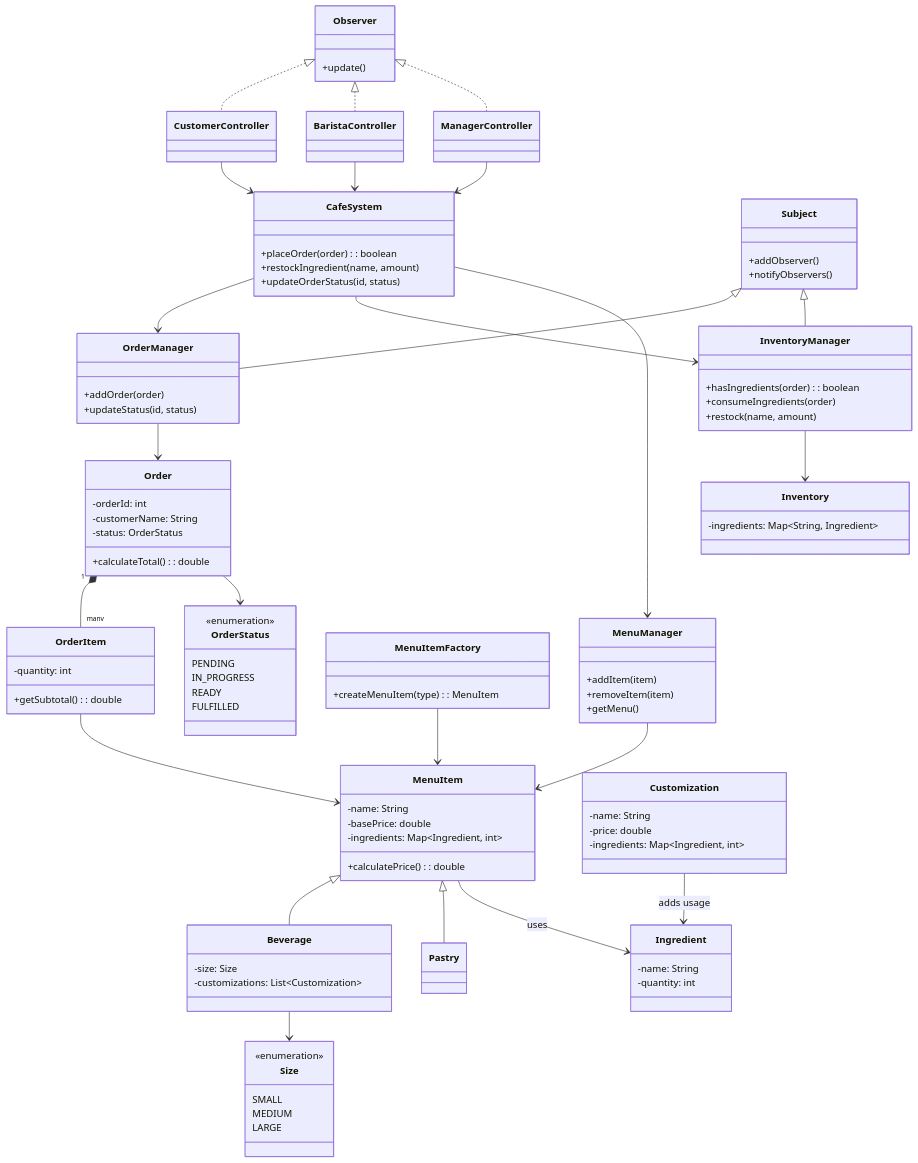
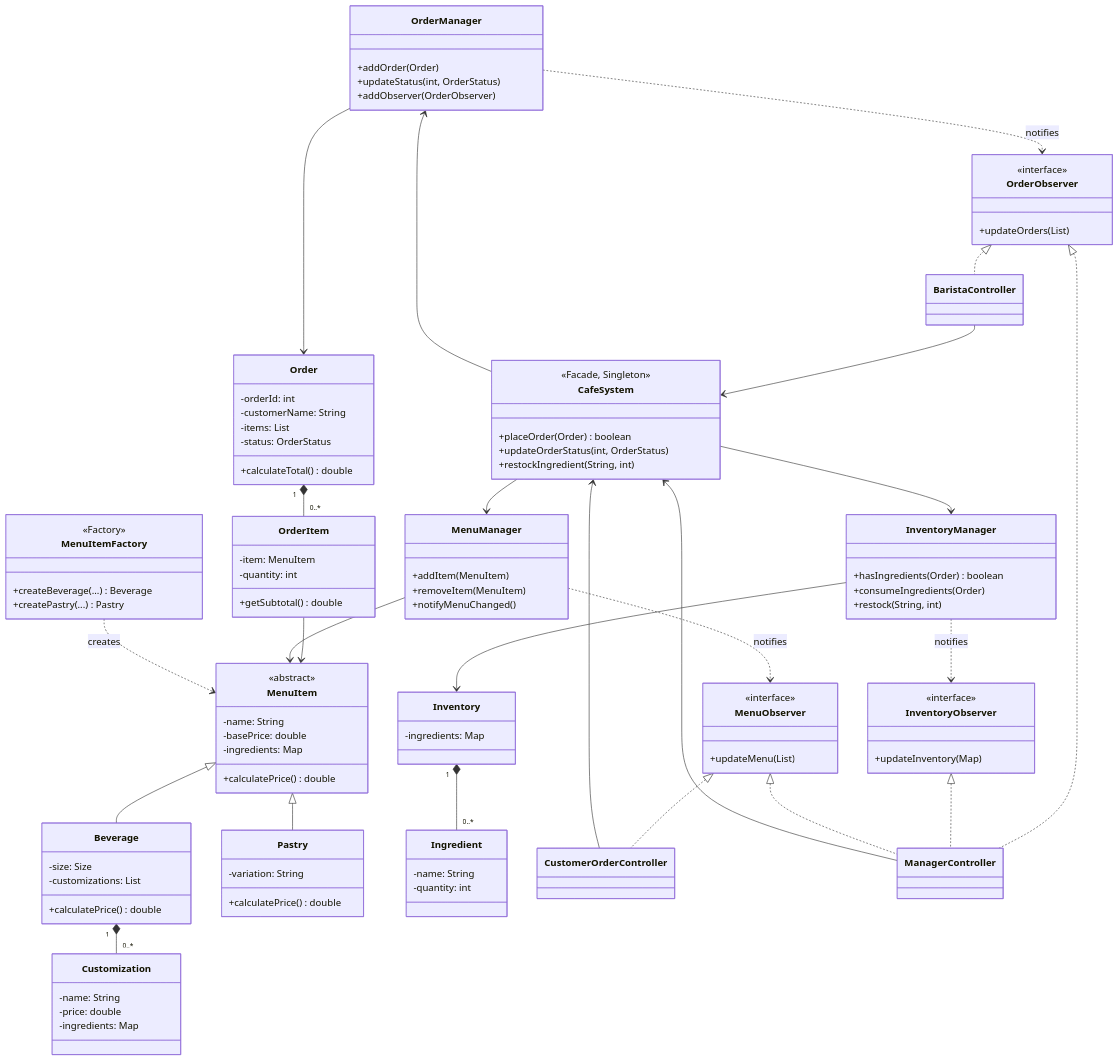
One commit to nhulchris/ICS-372-Group-Project changed the second of 6 diagrams in docs/report.md. Above: the diagram before and after it, drawn with Mermaid. The commit also changed other lines of this file, not shown here.

````diff
--- a/docs/report.md
+++ b/docs/report.md
@@ -104,162 +175,132 @@
 ```mermaid
 classDiagram
+    class MenuItem {
+        <<abstract>>
+        -name: String
+        -basePrice: double
+        -ingredients: Map
+        +calculatePrice() double
+    }
 
-%% =======================
-%% MODEL (Domain Layer)
-%% =======================
+    class Beverage {
+        -size: Size
+        -customizations: List
+        +calculatePrice() double
+    }
 
-class MenuItem {
-  -name: String
-  -basePrice: double
-  -ingredients: Map~Ingredient, int~
-  +calculatePrice(): double
-}
+    class Pastry {
+        -variation: String
+        +calculatePrice() double
+    }
 
-class Beverage {
-  -size: Size
-  -customizations: List~Customization~
-}
+    MenuItem <|-- Beverage
+    MenuItem <|-- Pastry
 
-class Pastry {
-}
+    class Customization {
+        -name: String
+        -price: double
+        -ingredients: Map
+    }
 
-MenuItem <|-- Beverage
-MenuItem <|-- Pastry
+    Beverage "1" *-- "0..*" Customization
 
-class Customization {
-  -name: String
-  -price: double
-  -ingredients: Map~Ingredient, int~
-}
+    class Order {
+        -orderId: int
+        -customerName: String
+        -items: List
+        -status: OrderStatus
+        +calculateTotal() double
+    }
 
-MenuItem --> Ingredient : uses
-Customization --> Ingredient : adds usage
+    class OrderItem {
+        -item: MenuItem
+        -quantity: int
+        +getSubtotal() double
+    }
 
-class Order {
-  -orderId: int
-  -customerName: String
-  -status: OrderStatus
-  +calculateTotal(): double
-}
+    Order "1" *-- "0..*" OrderItem
+    OrderItem --> MenuItem
 
-class OrderItem {
-  -quantity: int
-  +getSubtotal(): double
-}
+    class Ingredient {
+        -name: String
+        -quantity: int
+    }
 
-Order "1" *-- "many" OrderItem
-OrderItem --> MenuItem
+    class Inventory {
+        -ingredients: Map
+    }
 
-class Ingredient {
-  -name: String
-  -quantity: int
-}
+    Inventory "1" *-- "0..*" Ingredient
 
-class Inventory {
-  -ingredients: Map~String, Ingredient~
-}
+    class OrderManager {
+        +addOrder(Order)
+        +updateStatus(int, OrderStatus)
+        +addObserver(OrderObserver)
+    }
 
-%% =======================
-%% SERVICE / MANAGERS
-%% =======================
+    class InventoryManager {
+        +hasIngredients(Order) boolean
+        +consumeIngredients(Order)
+        +restock(String, int)
+    }
 
-class OrderManager {
-  +addOrder(order)
-  +updateStatus(id, status)
-}
+    class MenuManager {
+        +addItem(MenuItem)
+        +removeItem(MenuItem)
+        +notifyMenuChanged()
+    }
 
-class InventoryManager {
-  +hasIngredients(order): boolean
-  +consumeIngredients(order)
-  +restock(name, amount)
-}
+    OrderManager --> Order
+    InventoryManager --> Inventory
+    MenuManager --> MenuItem
 
-class MenuManager {
-  +addItem(item)
-  +removeItem(item)
-  +getMenu()
-}
+    class CafeSystem {
+        <<Facade, Singleton>>
+        +placeOrder(Order) boolean
+        +updateOrderStatus(int, OrderStatus)
+        +restockIngredient(String, int)
+    }
 
-OrderManager --> Order
-InventoryManager --> Inventory
-MenuManager --> MenuItem
+    CafeSystem --> OrderManager
+    CafeSystem --> InventoryManager
+    CafeSystem --> MenuManager
 
-%% =======================
-%% FACADE
-%% =======================
+    class MenuItemFactory {
+        <<Factory>>
+        +createBeverage(...) Beverage
+        +createPastry(...) Pastry
+    }
 
-class CafeSystem {
-  +placeOrder(order): boolean
-  +restockIngredient(name, amount)
-  +updateOrderStatus(id, status)
-}
+    MenuItemFactory ..> MenuItem : creates
 
-CafeSystem --> OrderManager
-CafeSystem --> InventoryManager
-CafeSystem --> MenuManager
+    class OrderObserver {
+        <<interface>>
+        +updateOrders(List)
+    }
+    class InventoryObserver {
+        <<interface>>
+        +updateInventory(Map)
+    }
+    class MenuObserver {
+        <<interface>>
+        +updateMenu(List)
+    }
 
-%% =======================
-%% FACTORY
-%% =======================
+    OrderManager ..> OrderObserver : notifies
+    InventoryManager ..> InventoryObserver : notifies
+    MenuManager ..> MenuObserver : notifies
 
-class MenuItemFactory {
-  +createMenuItem(type): MenuItem
-}
+    class CustomerOrderController
+    class BaristaController
+    class ManagerController
 
-MenuItemFactory --> MenuItem
+    OrderObserver <|.. BaristaController
+    OrderObserver <|.. ManagerController
+    InventoryObserver <|.. ManagerController
+    MenuObserver <|.. CustomerOrderController
+    MenuObserver <|.. ManagerController
 
-%% =======================
-%% OBSERVER PATTERN
-%% =======================
-
-class Subject {
-  +addObserver()
-  +notifyObservers()
-}
-
-class Observer {
-  +update()
-}
-
-Subject <|-- OrderManager
-Subject <|-- InventoryManager
-
-
-Observer <|.. CustomerController
-Observer <|.. BaristaController
-Observer <|.. ManagerController
-
-%% =======================
-%% ENUMS
-%% =======================
-
-class Size {
-  <<enumeration>>
-  SMALL
-  MEDIUM
-  LARGE
-}
-
-class OrderStatus {
-  <<enumeration>>
-  PENDING
-  IN_PROGRESS
-  READY
-  FULFILLED
-}
-
-Beverage --> Size
-Order --> OrderStatus
-
-%% =======================
-%% CONTROLLERS (MVC)
-%% =======================
-
-class CustomerController
-class BaristaController
-class ManagerController
-
-CustomerController --> CafeSystem
-BaristaController --> CafeSystem
-ManagerController --> CafeSystem
+    CustomerOrderController --> CafeSystem
+    BaristaController --> CafeSystem
+    ManagerController --> CafeSystem
 ```
````
